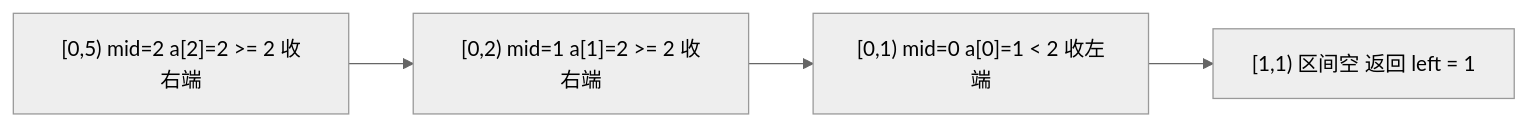
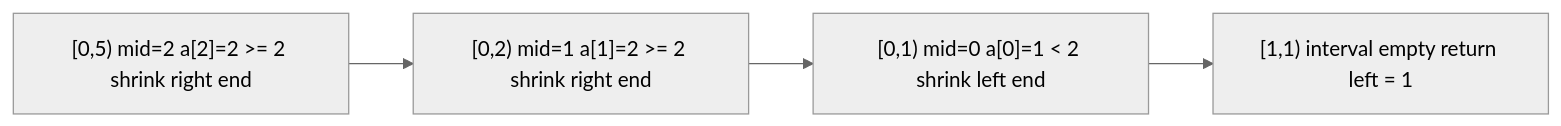
One commit to HONGLEI111/hhlblog-global changed the second of 2 diagrams in src/content/technology/binary-search-template.md. Above: the diagram before and after it, drawn with Mermaid (neutral theme). The commit also changed other lines of this file and 33 other files, not shown here.

First line of the commit message:
content(code): 翻译 mermaid 图节点标签（34 文件 / 267 处）

````diff
--- a/src/content/technology/binary-search-template.md
+++ b/src/content/technology/binary-search-template.md
@@ -230,6 +230,6 @@
 ```mermaid
 graph LR
-    A["[0,5) mid=2 a[2]=2 >= 2 收右端"] --> B["[0,2) mid=1 a[1]=2 >= 2 收右端"]
-    B --> C["[0,1) mid=0 a[0]=1 < 2 收左端"]
-    C --> D["[1,1) 区间空 返回 left = 1"]
+    A["[0,5) mid=2 a[2]=2 >= 2 shrink right end"] --> B["[0,2) mid=1 a[1]=2 >= 2 shrink right end"]
+    B --> C["[0,1) mid=0 a[0]=1 < 2 shrink left end"]
+    C --> D["[1,1) interval empty return left = 1"]
 ```
````
